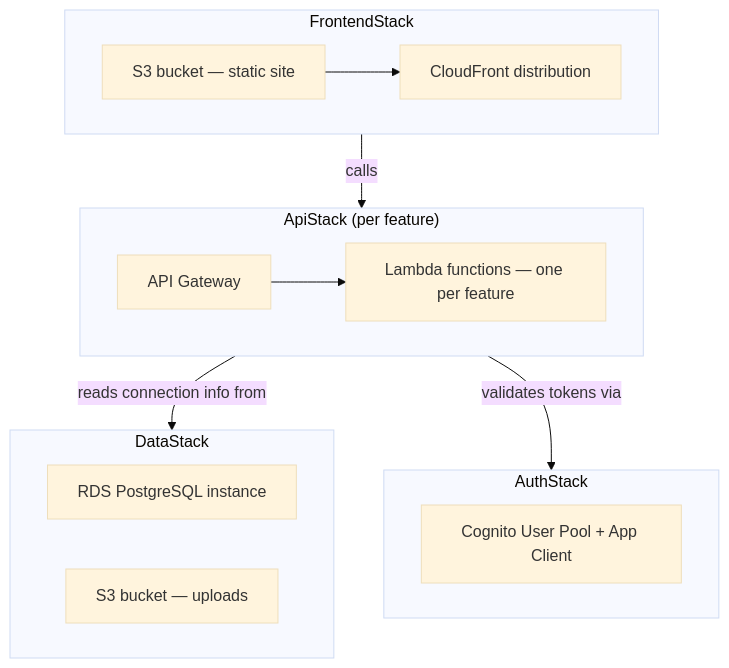
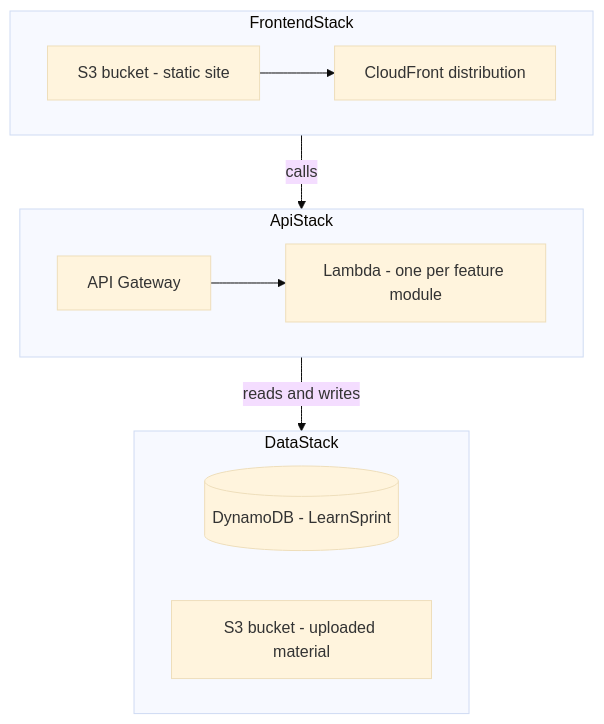
One commit to barbh1913/LearnSprint- changed the diagram in docs/diagrams/deployment.md. Above: the diagram before and after it, drawn with Mermaid (base theme). The commit also changed other lines of this file and 16 other files, not shown here.

````diff
--- a/docs/diagrams/deployment.md
+++ b/docs/diagrams/deployment.md
@@ -5,27 +14,22 @@
 ```mermaid
 flowchart TB
-    subgraph FrontendStack["FrontendStack"]
-        S3F["S3 bucket — static site"]
+    subgraph FrontendStack
+        S3F["S3 bucket - static site"]
         CFD["CloudFront distribution"]
         S3F --> CFD
     end
 
-    subgraph DataStack["DataStack"]
-        RDS["RDS PostgreSQL instance"]
-        S3U["S3 bucket — uploads"]
+    subgraph DataStack
+        DDB[("DynamoDB - LearnSprint")]
+        S3U["S3 bucket - uploaded material"]
     end
 
-    subgraph AuthStack["AuthStack"]
-        Cognito["Cognito User Pool + App Client"]
+    subgraph ApiStack
+        GW["API Gateway"]
+        L["Lambda - one per feature module"]
+        GW --> L
     end
 
-    subgraph ApiStack["ApiStack (per feature)"]
-        GW["API Gateway"]
-        Lambdas["Lambda functions — one per feature"]
-        GW --> Lambdas
-    end
-
-    ApiStack -->|reads connection info from| DataStack
-    ApiStack -->|validates tokens via| AuthStack
+    ApiStack -->|reads and writes| DataStack
     FrontendStack -->|calls| ApiStack
 ```
````
